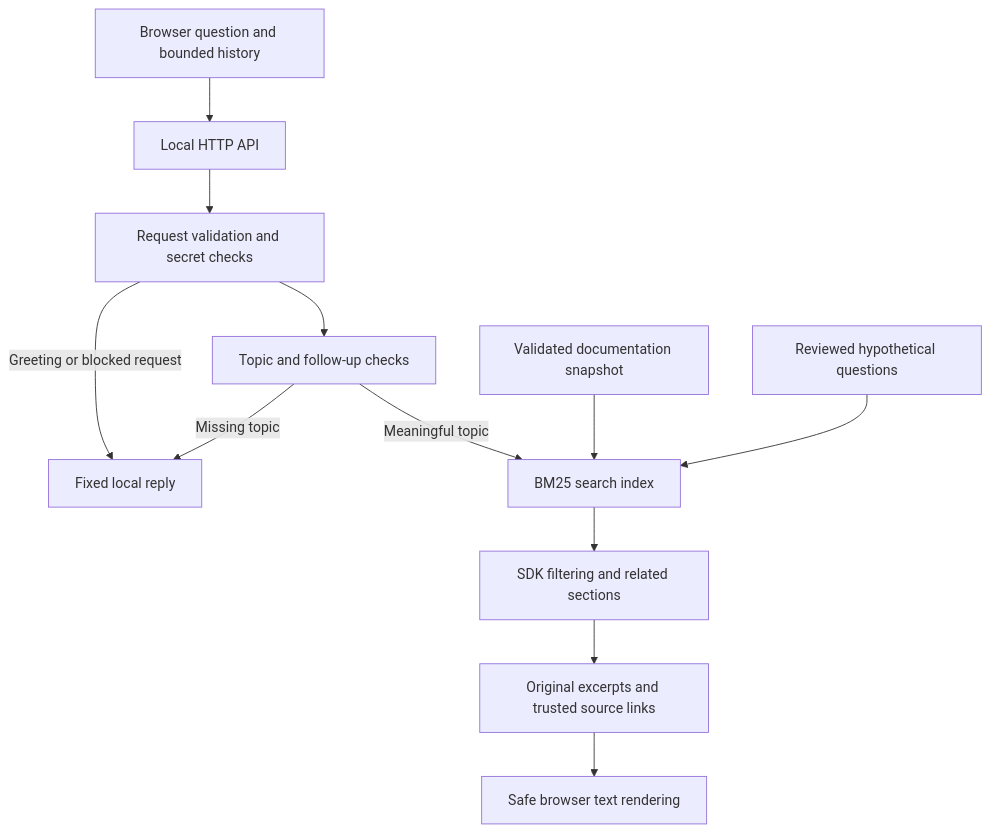
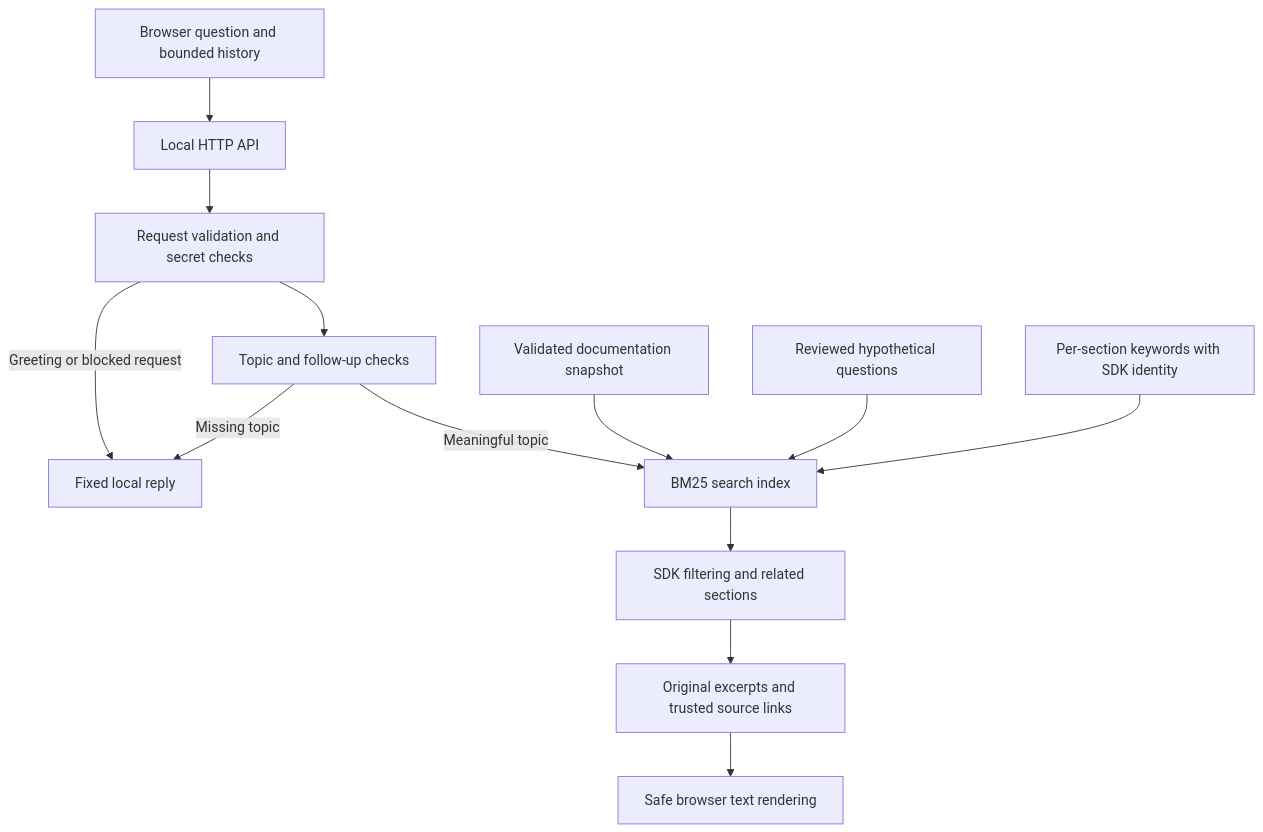
Before and after one commit to sravanib-git/AgentGuard_ChatBot: the diagram in docs/architecture.md, drawn with Mermaid. The commit also changed other lines of this file and 11 other files, not shown here.

````diff
--- a/docs/architecture.md
+++ b/docs/architecture.md
@@ -3,14 +3,15 @@
 ```mermaid
 flowchart TD
     A[Browser question and bounded history] --> B[Local HTTP API]
     B --> C[Request validation and secret checks]
     C -->|Greeting or blocked request| D[Fixed local reply]
     C --> K[Topic and follow-up checks]
     K -->|Missing topic| D
     K -->|Meaningful topic| E[BM25 search index]
     F[Validated documentation snapshot] --> E
     G[Reviewed hypothetical questions] --> E
+    L[Per-section keywords with SDK identity] --> E
     E --> H[SDK filtering and related sections]
     H --> I[Original excerpts and trusted source links]
     I --> J[Safe browser text rendering]
 ```
````
